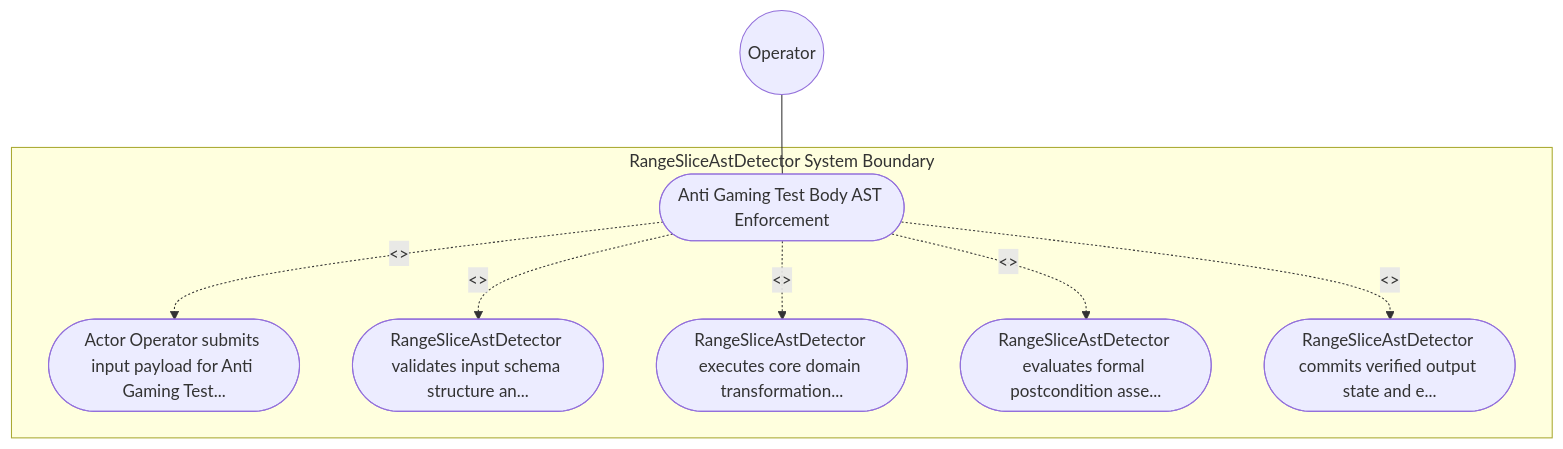
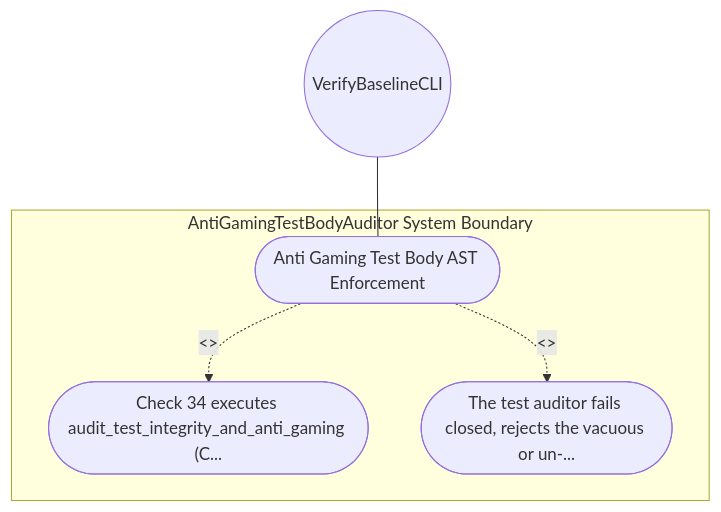
Before and after one commit to gintatkinson/DEAP01-spec-core: the diagram in .pipeline/upstream/docs/use-cases/UC-08-Anti_Gaming_Test_Body_AST_Enforcement.md, drawn with Mermaid. The commit also changed other lines of this file and 213 other files, not shown here.

````diff
--- a/.pipeline/upstream/docs/use-cases/UC-08-Anti_Gaming_Test_Body_AST_Enforcement.md
+++ b/.pipeline/upstream/docs/use-cases/UC-08-Anti_Gaming_Test_Body_AST_Enforcement.md
@@ -16,17 +16,11 @@
 ```mermaid
 graph TD
-    subgraph "RangeSliceAstDetector System Boundary"
+    subgraph "AntiGamingTestBodyAuditor System Boundary"
         UC_Main(["Anti Gaming Test Body AST Enforcement"])
-        UC_Step01(["Actor Operator submits input payload for Anti Gaming Test..."])
-        UC_Step02(["RangeSliceAstDetector validates input schema structure an..."])
-        UC_Step03(["RangeSliceAstDetector executes core domain transformation..."])
-        UC_Step04(["RangeSliceAstDetector evaluates formal postcondition asse..."])
-        UC_Step05(["RangeSliceAstDetector commits verified output state and e..."])
+        UC_Step01(["Check 34 executes audit_test_integrity_and_anti_gaming (C..."])
+        UC_Step02(["The test auditor fails closed, rejects the vacuous or un-..."])
     end
-    Operator(("Operator")) --- UC_Main
+    VerifyBaselineCLI(("VerifyBaselineCLI")) --- UC_Main
     UC_Main -. "<<include>>" .-> UC_Step01
     UC_Main -. "<<include>>" .-> UC_Step02
-    UC_Main -. "<<include>>" .-> UC_Step03
-    UC_Main -. "<<include>>" .-> UC_Step04
-    UC_Main -. "<<include>>" .-> UC_Step05
 ```
````
